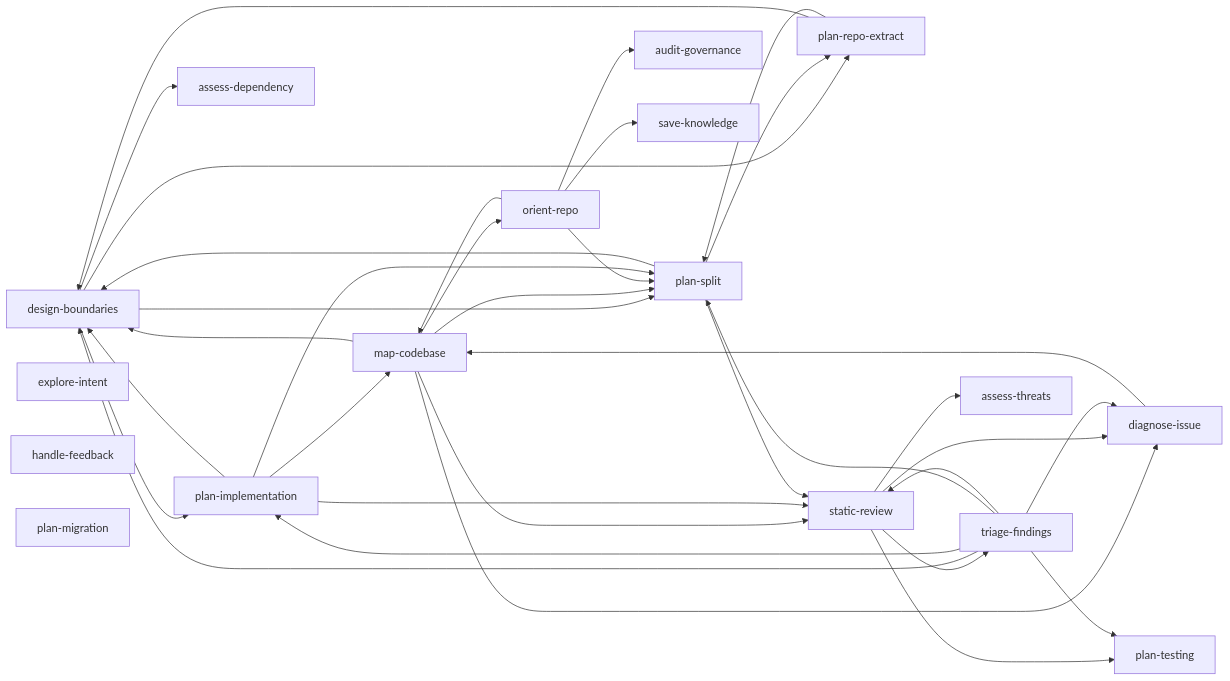
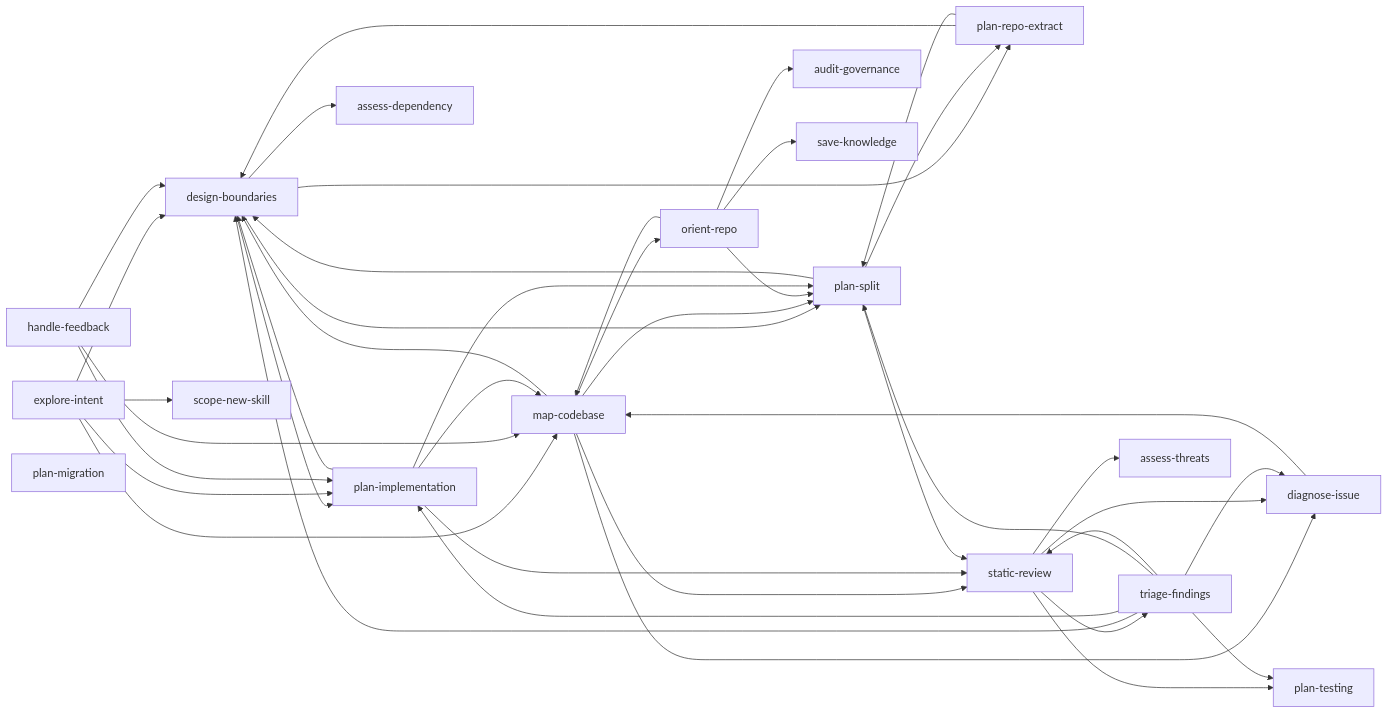
One commit to tacticaldoll/fornax changed the first of 4 diagrams in README.md. Above: the diagram before and after it, drawn with Mermaid. The commit also changed 2 other files, not shown here.

Commit message:
fix(skills): expose stance handoffs to tooling
handle-feedback and explore-intent used arrow-only handoff prose, while the shared parser recognizes explicit hand off, handoff, point to, or route to phrases. The validator therefore accepted the files but the graph treated both stance skills as isolated nodes.

Use the documented portable phrasing and regenerate the README maps so every declared downstream skill is validated and visible.

````diff
--- a/README.md
+++ b/README.md
@@ -85,49 +85,56 @@
 ```mermaid
 flowchart LR
     design-boundaries
     diagnose-issue
     explore-intent
     handle-feedback
     map-codebase
     orient-repo
     plan-implementation
     plan-migration
     plan-repo-extract
     plan-split
     plan-testing
     static-review
     triage-findings
     design-boundaries --> assess-dependency
     design-boundaries --> plan-implementation
     design-boundaries --> plan-repo-extract
     design-boundaries --> plan-split
     diagnose-issue --> map-codebase
+    explore-intent --> design-boundaries
+    explore-intent --> map-codebase
+    explore-intent --> plan-implementation
+    explore-intent --> scope-new-skill
+    handle-feedback --> design-boundaries
+    handle-feedback --> map-codebase
+    handle-feedback --> plan-implementation
     map-codebase --> design-boundaries
     map-codebase --> diagnose-issue
     map-codebase --> orient-repo
     map-codebase --> plan-split
     map-codebase --> static-review
     orient-repo --> audit-governance
     orient-repo --> map-codebase
     orient-repo --> plan-split
     orient-repo --> save-knowledge
     plan-implementation --> design-boundaries
     plan-implementation --> map-codebase
     plan-implementation --> plan-split
     plan-implementation --> static-review
     plan-repo-extract --> design-boundaries
     plan-repo-extract --> plan-split
     plan-split --> design-boundaries
     plan-split --> plan-repo-extract
     plan-split --> static-review
     static-review --> assess-threats
     static-review --> diagnose-issue
     static-review --> plan-testing
     static-review --> triage-findings
     triage-findings --> design-boundaries
     triage-findings --> diagnose-issue
     triage-findings --> plan-implementation
     triage-findings --> plan-split
     triage-findings --> plan-testing
     triage-findings --> static-review
 ```
````
